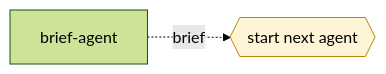
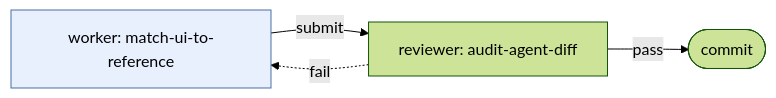
One commit to bcmyguest/personal-skills changed the sixth of 7 diagrams in CHAINS.md. Above: the diagram before and after it, drawn with Mermaid (forest theme). The commit also changed other lines of this file and 23 other files, not shown here.

````diff
--- a/CHAINS.md
+++ b/CHAINS.md
@@ -196,9 +126,11 @@
 ```mermaid
 flowchart LR
-  brief_agent["brief-agent"]
-  next_agent{{"start next agent"}}
-  brief_agent -.->|"brief"| next_agent
-  classDef external stroke-dasharray: 4 3
-  classDef action fill:#fff4d6,stroke:#b8860b
-  class next_agent action
+  worker["worker: match-ui-to-reference"]
+  reviewer["reviewer: audit-agent-diff"]
+  done(["commit"])
+  worker -->|submit| reviewer
+  reviewer -->|pass| done
+  reviewer -.->|fail| worker
+  classDef step fill:#e8f0fe,stroke:#4a6fa5
+  class worker step
 ```
````
